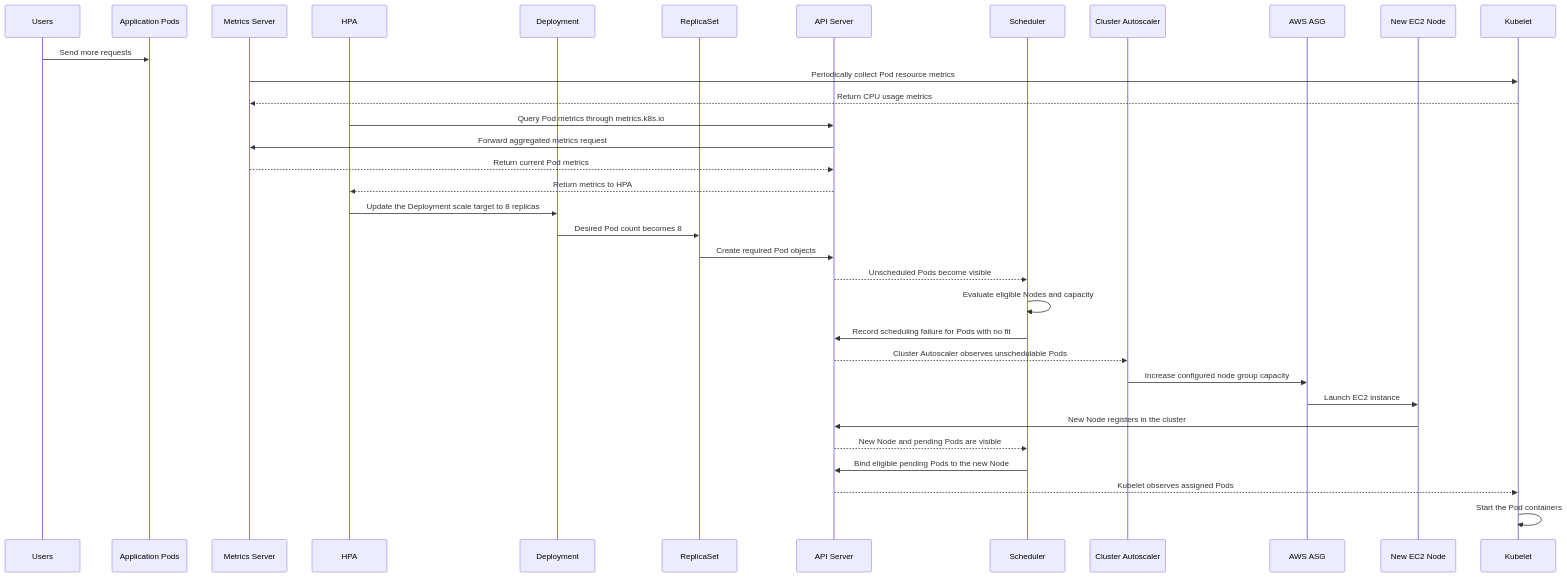
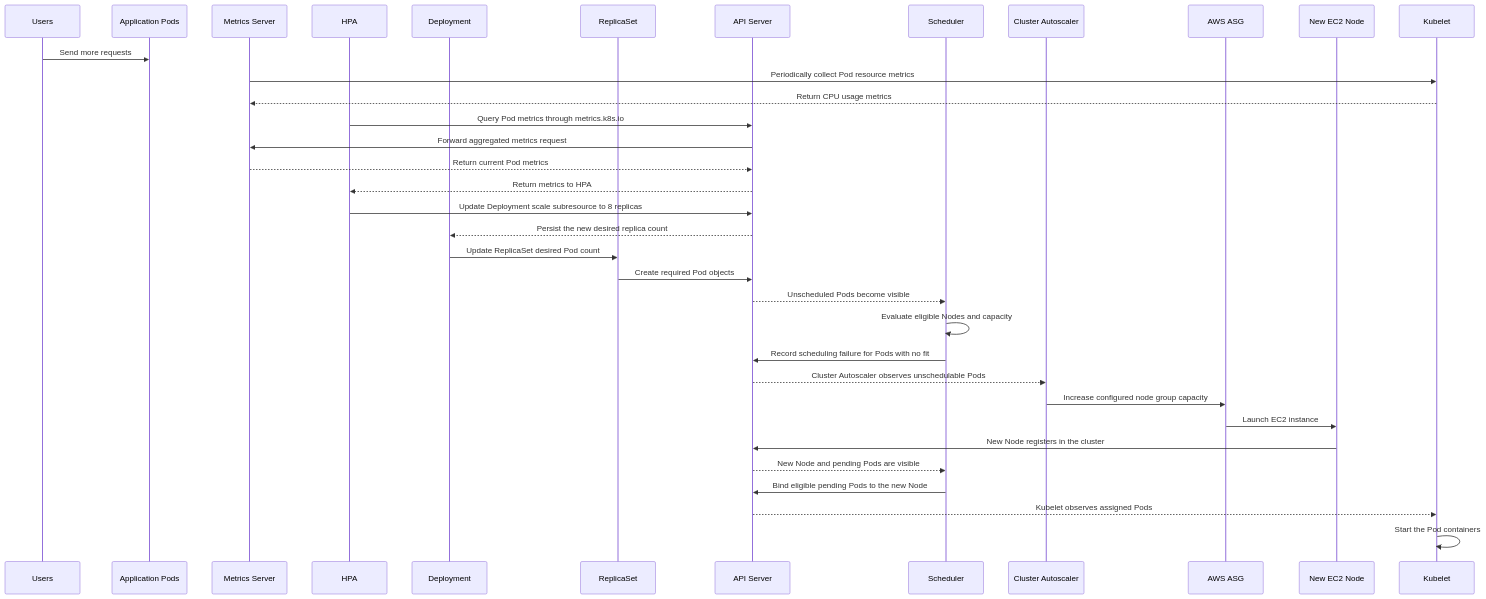
Before and after one commit to shomi-khan/k8s-tutorial: diagram 11 of 12 in chapters/00-kubernetes-foundation/README.md, drawn with Mermaid.

Commit message:
docs: clarify HPA scale updates through API server

````diff
--- a/chapters/00-kubernetes-foundation/README.md
+++ b/chapters/00-kubernetes-foundation/README.md
@@ -454,37 +454,38 @@
 ```mermaid
 sequenceDiagram
     participant U as Users
     participant APP as Application Pods
     participant MS as Metrics Server
     participant H as HPA
     participant D as Deployment
     participant RS as ReplicaSet
     participant API as API Server
     participant S as Scheduler
     participant CA as Cluster Autoscaler
     participant A as AWS ASG
     participant N as New EC2 Node
     participant K as Kubelet
 
     U->>APP: Send more requests
     MS->>K: Periodically collect Pod resource metrics
     K-->>MS: Return CPU usage metrics
     H->>API: Query Pod metrics through metrics.k8s.io
     API->>MS: Forward aggregated metrics request
     MS-->>API: Return current Pod metrics
     API-->>H: Return metrics to HPA
-    H->>D: Update the Deployment scale target to 8 replicas
-    D->>RS: Desired Pod count becomes 8
+    H->>API: Update Deployment scale subresource to 8 replicas
+    API-->>D: Persist the new desired replica count
+    D->>RS: Update ReplicaSet desired Pod count
     RS->>API: Create required Pod objects
     API-->>S: Unscheduled Pods become visible
     S->>S: Evaluate eligible Nodes and capacity
     S->>API: Record scheduling failure for Pods with no fit
     API-->>CA: Cluster Autoscaler observes unschedulable Pods
     CA->>A: Increase configured node group capacity
     A->>N: Launch EC2 instance
     N->>API: New Node registers in the cluster
     API-->>S: New Node and pending Pods are visible
     S->>API: Bind eligible pending Pods to the new Node
     API-->>K: Kubelet observes assigned Pods
     K->>K: Start the Pod containers
 ```
````
